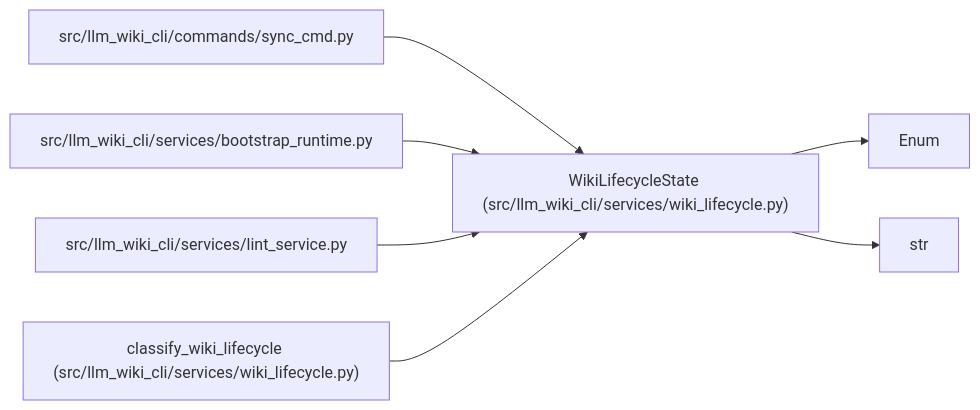
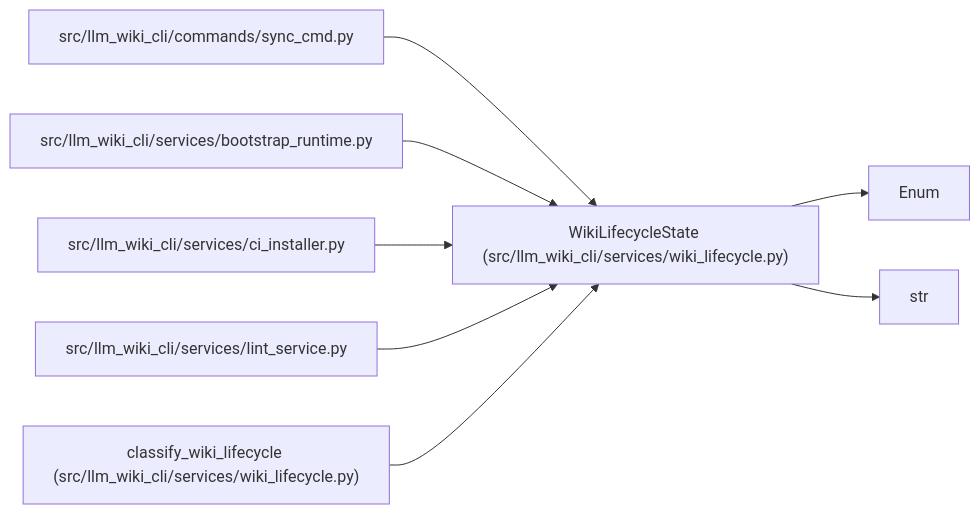
The diagram in docs/llm_wiki/entities/WikiLifecycleState.md (Denissvgn/python-wiki-llm), drawn with Mermaid before and after one commit. The commit also changed other lines of this file and 48 other files, not shown here.

````diff
--- a/docs/llm_wiki/entities/WikiLifecycleState.md
+++ b/docs/llm_wiki/entities/WikiLifecycleState.md
@@ -28,21 +28,24 @@
 ```mermaid
 flowchart LR
     n0["WikiLifecycleState (src/llm_wiki_cli/services/wiki_lifecycle.py)"]
     n1["Enum"]
     n2["str"]
     n3["src/llm_wiki_cli/commands/sync_cmd.py"]
     n4["src/llm_wiki_cli/services/bootstrap_runtime.py"]
-    n5["src/llm_wiki_cli/services/lint_service.py"]
-    n6["classify_wiki_lifecycle (src/llm_wiki_cli/services/wiki_lifecycle.py)"]
+    n5["src/llm_wiki_cli/services/ci_installer.py"]
+    n6["src/llm_wiki_cli/services/lint_service.py"]
+    n7["classify_wiki_lifecycle (src/llm_wiki_cli/services/wiki_lifecycle.py)"]
     n0 --> n1
     n0 --> n2
     n3 --> n0
     n4 --> n0
     n5 --> n0
     n6 --> n0
+    n7 --> n0
     click n0 "../modules/wiki_lifecycle.md"
     click n3 "../modules/sync_cmd.md"
     click n4 "../modules/bootstrap_runtime.md"
-    click n5 "../modules/lint_service.md"
-    click n6 "../modules/wiki_lifecycle.md"
+    click n5 "../modules/ci_installer.md"
+    click n6 "../modules/lint_service.md"
+    click n7 "../modules/wiki_lifecycle.md"
 ```
````
